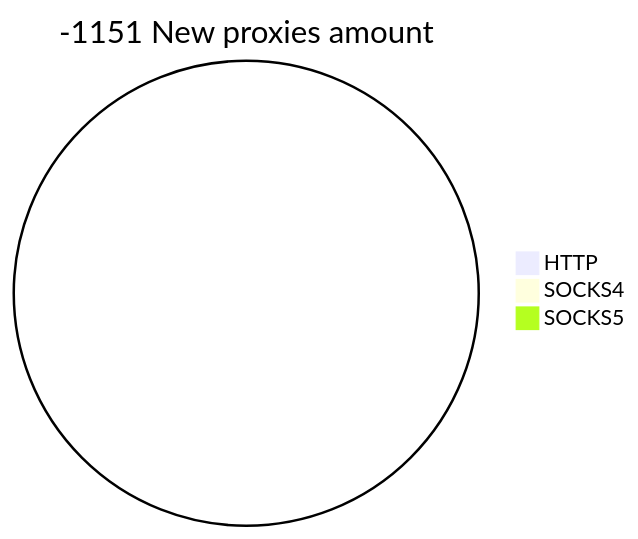
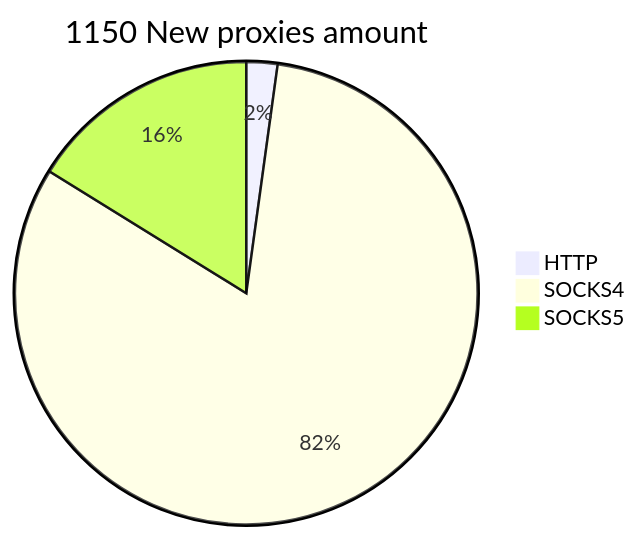
Before and after one commit to cutipu/proxylist: the second of 2 diagrams in README.md, drawn with Mermaid. The commit also changed other lines of this file, not shown here.

````diff
--- a/README.md
+++ b/README.md
@@ -10,6 +10,6 @@
 ```mermaid
-pie title -1151 New proxies amount
-    "HTTP" : 0
-    "SOCKS4" : 0
-    "SOCKS5" : 0
+pie title 1150 New proxies amount
+    "HTTP" : 25
+    "SOCKS4" : 939
+    "SOCKS5" : 186
 ```
````
